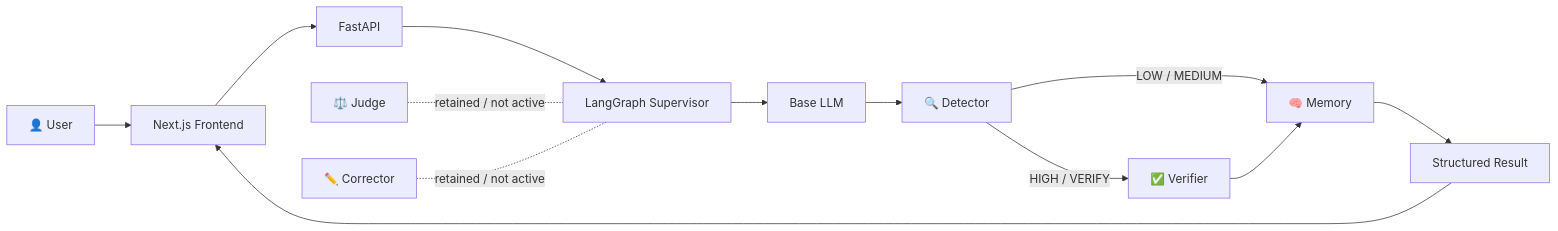
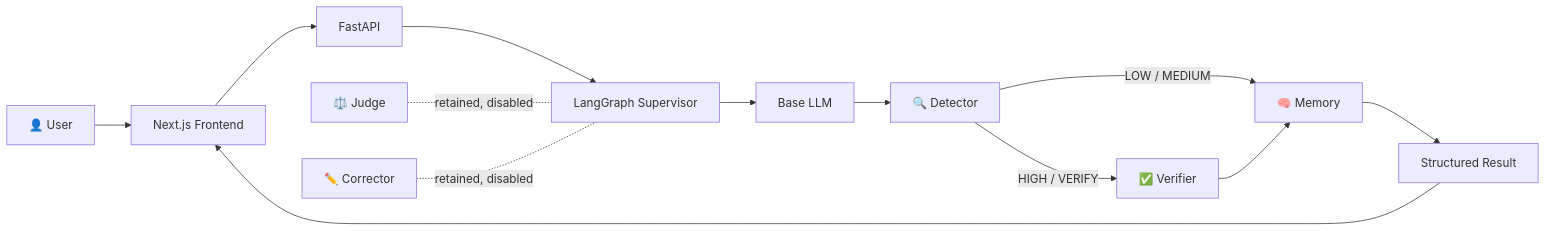
One commit to Manju10092006/HalluciGuard changed the first of 3 diagrams in README.md. Above: the diagram before and after it, drawn with Mermaid. The commit also changed other lines of this file, not shown here.

````diff
--- a/README.md
+++ b/README.md
@@ -90,16 +135,16 @@
 ```mermaid
 flowchart LR
-    U[👤 User] --> UI[Next.js Frontend]
-    UI --> API[FastAPI]
+    U[👤 User] --> F[Next.js Frontend]
+    F --> API[FastAPI]
     API --> G[LangGraph Supervisor]
     G --> L[Base LLM]
     L --> D[🔍 Detector]
     D -->|LOW / MEDIUM| M[🧠 Memory]
     D -->|HIGH / VERIFY| V[✅ Verifier]
     V --> M
-    M --> O[Structured Result]
-    O --> UI
+    M --> R[Structured Result]
+    R --> F
 
-    J[⚖️ Judge] -. retained / not active .- G
-    C[✏️ Corrector] -. retained / not active .- G
+    J[⚖️ Judge] -. retained, disabled .- G
+    C[✏️ Corrector] -. retained, disabled .- G
 ```
````
